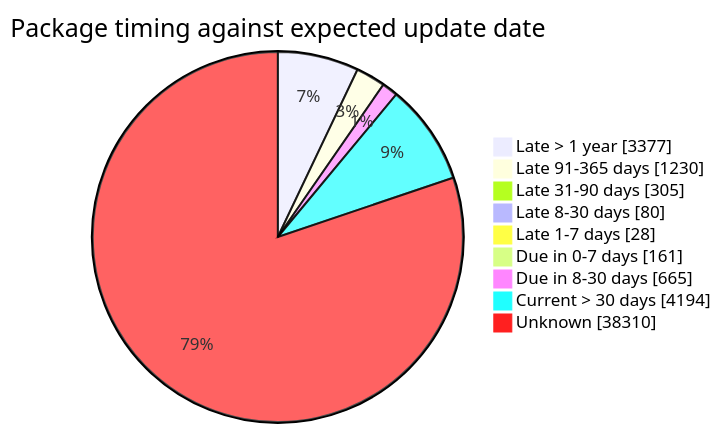
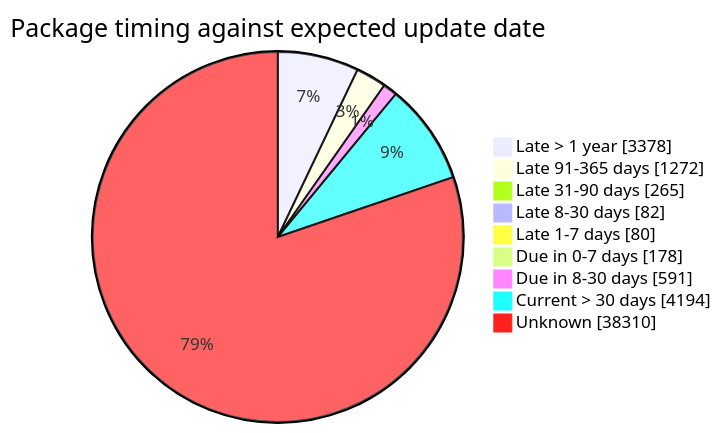
One commit to open-data/analytics-corporate-reporting changed the fourth of 5 diagrams in FreshCheck/README.md. Above: the diagram before and after it, drawn with Mermaid. The commit also changed other lines of this file and 3 other files, not shown here.

````diff
--- a/FreshCheck/README.md
+++ b/FreshCheck/README.md
@@ -86,12 +86,12 @@
 ```mermaid
 pie showData title Package timing against expected update date
-    "Late > 1 year": 3377
-    "Late 91-365 days": 1230
-    "Late 31-90 days": 305
-    "Late 8-30 days": 80
-    "Late 1-7 days": 28
-    "Due in 0-7 days": 161
-    "Due in 8-30 days": 665
+    "Late > 1 year": 3378
+    "Late 91-365 days": 1272
+    "Late 31-90 days": 265
+    "Late 8-30 days": 82
+    "Late 1-7 days": 80
+    "Due in 0-7 days": 178
+    "Due in 8-30 days": 591
     "Current > 30 days": 4194
     "Unknown": 38310
 ```
````
